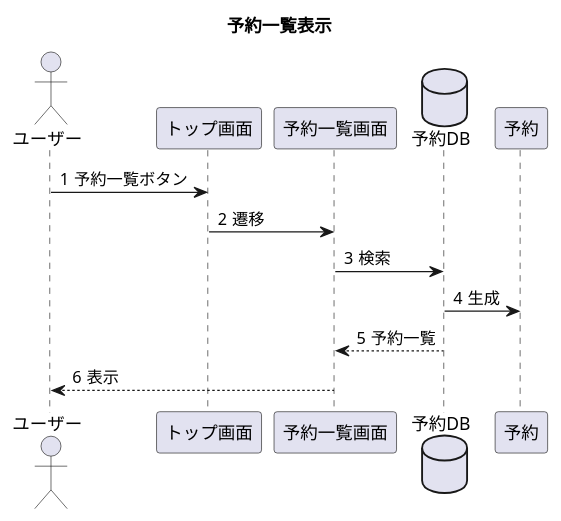
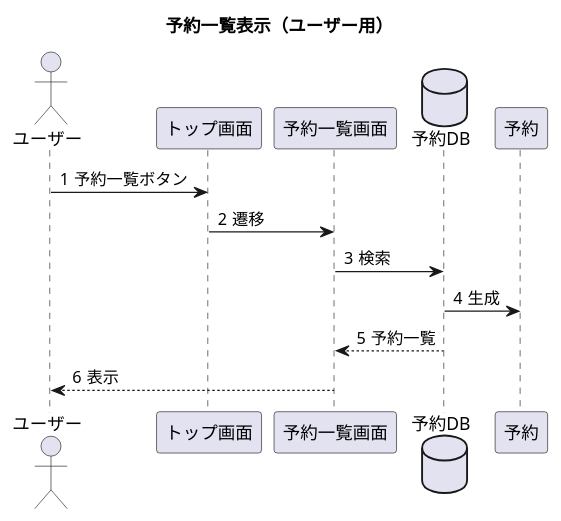
One commit to Tyamanaka07/WebSystem changed the diagram in UML/seq_bookingList.pu. Above: the diagram before and after it, drawn with PlantUML. The commit also changed 1 other file, not shown here.

```diff
--- a/UML/seq_bookingList.pu
+++ b/UML/seq_bookingList.pu
@@ -1,16 +1,16 @@
 @startuml
-title 予約一覧表示
+title 予約一覧表示（ユーザー用）
 actor ユーザー
 participant トップ画面
 participant 予約一覧画面
 database 予約DB
 autonumber "#"
 
 ユーザー->トップ画面:予約一覧ボタン
 トップ画面->予約一覧画面:遷移
 予約一覧画面->予約DB:検索
 予約DB->予約:生成
 予約DB-->予約一覧画面:予約一覧
 予約一覧画面-->ユーザー:表示
 
 @enduml
```
